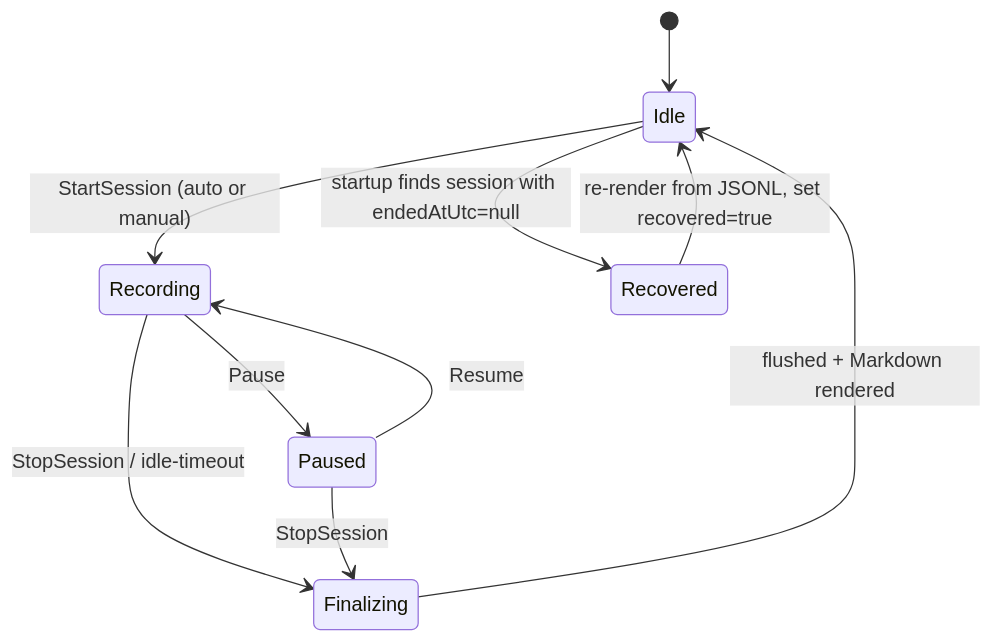
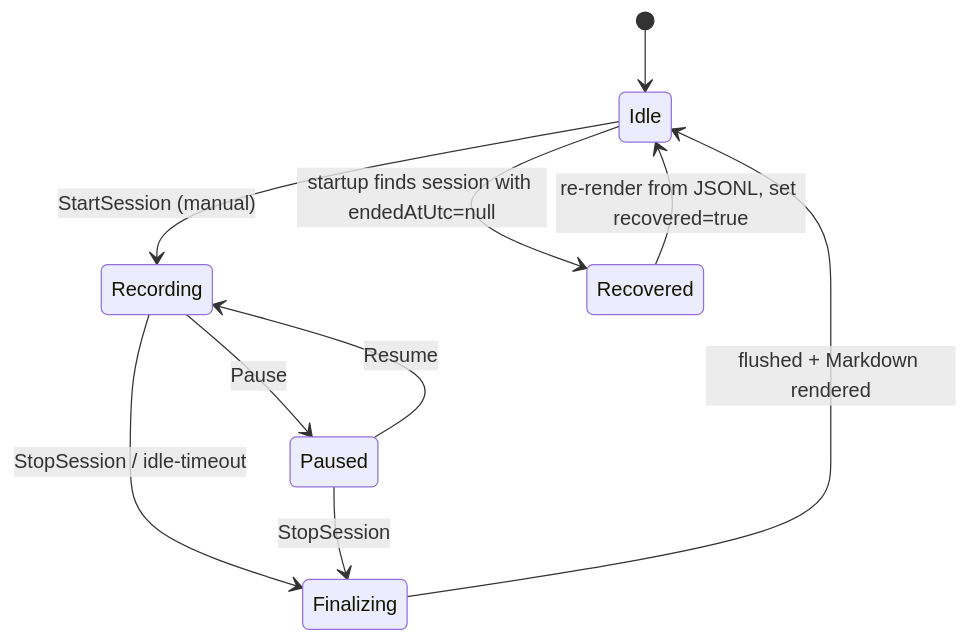
The first of 2 diagrams in docs/specs/localscribe-specs.md (imnotwallace/LocalScribe), drawn with Mermaid before and after one commit. The commit also changed other lines of this file and 1 other file, not shown here.

````diff
--- a/docs/specs/localscribe-specs.md
+++ b/docs/specs/localscribe-specs.md
@@ -115,12 +302,12 @@
 ```mermaid
 stateDiagram-v2
     [*] --> Idle
-    Idle --> Recording: StartSession (auto or manual)
+    Idle --> Recording: StartSession (manual)
     Recording --> Paused: Pause
     Paused --> Recording: Resume
     Recording --> Finalizing: StopSession / idle-timeout
     Paused --> Finalizing: StopSession
     Finalizing --> Idle: flushed + Markdown rendered
     Idle --> Recovered: startup finds session with endedAtUtc=null
     Recovered --> Idle: re-render from JSONL, set recovered=true
 ```
````
